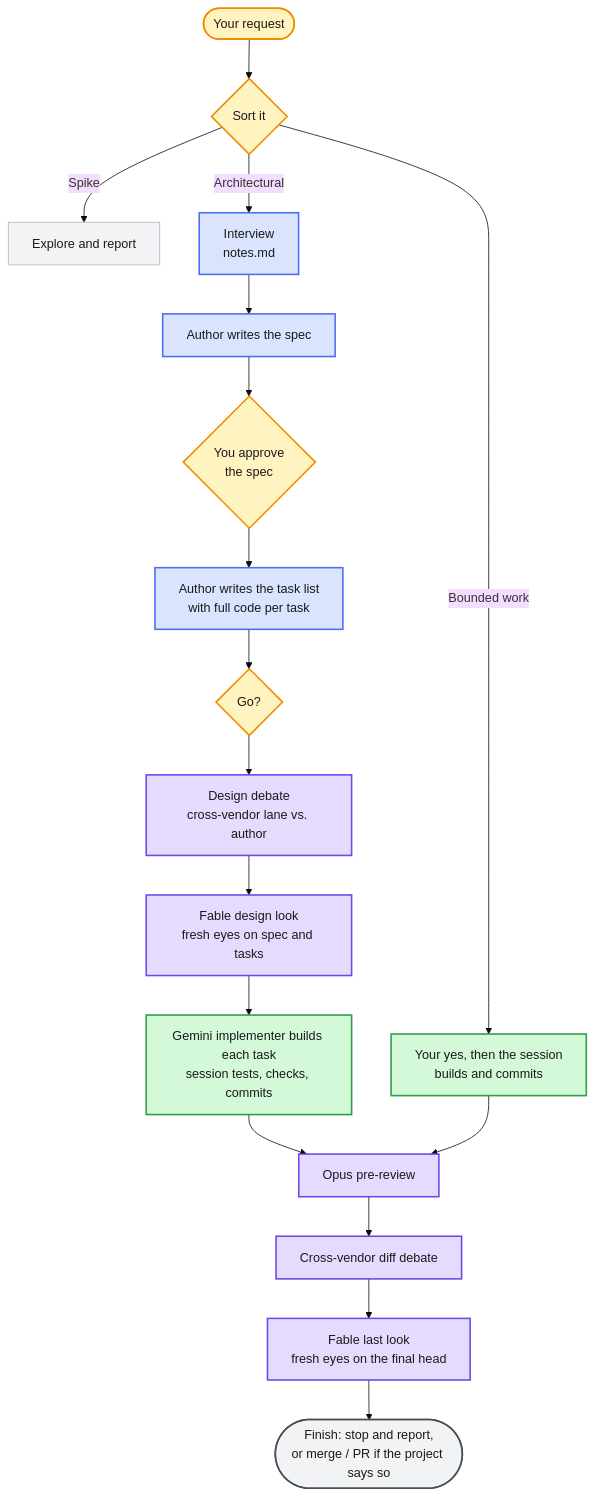
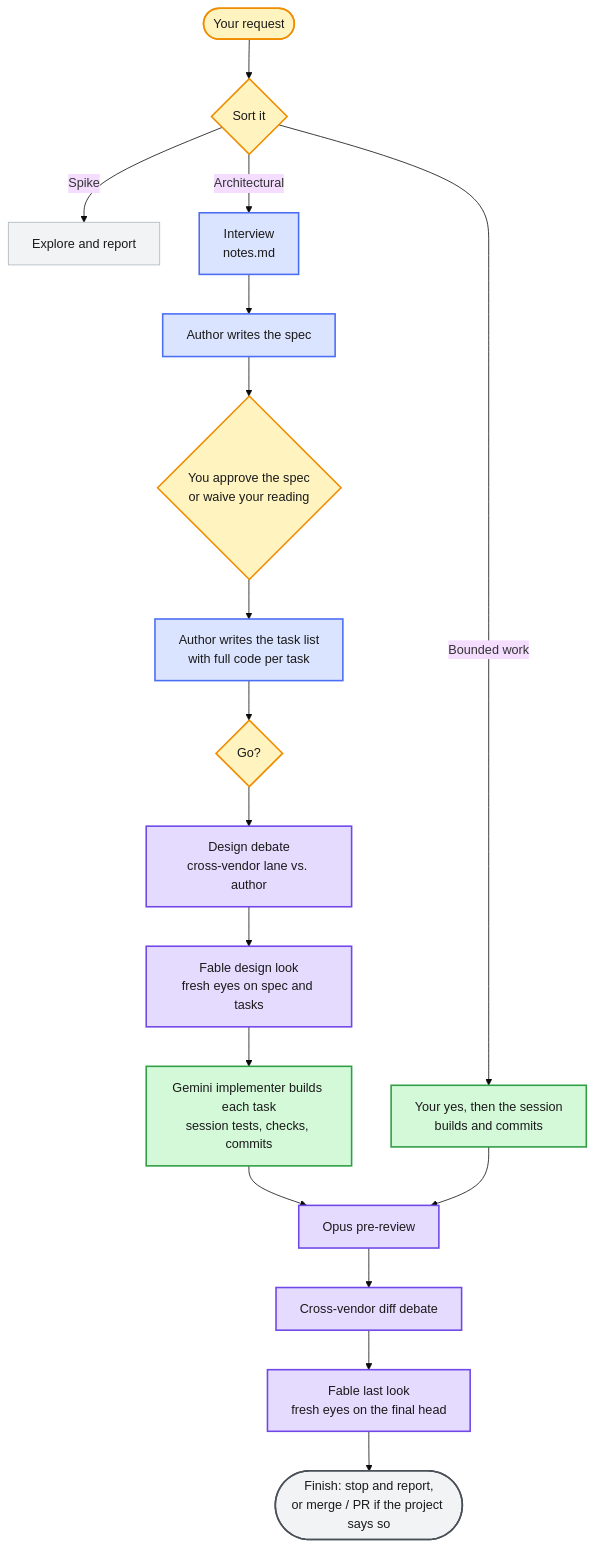
The diagram in README.md (Bmwascher/parsec), drawn with Mermaid (base theme) before and after one commit. The commit also changed 2 other files, not shown here.

Commit message:
Batch F task 4: the spec-reading waiver in brainstorm, the spec template and the README; the head is the one place the base is written

````diff
--- a/README.md
+++ b/README.md
@@ -69,28 +69,28 @@
 ```mermaid
 flowchart TD
     R([Your request]):::you --> C{Sort it}:::you
     C -->|Spike| SP[Explore and report]:::quiet
     C -->|Bounded work| BW[Your yes, then the session<br/>builds and commits]:::build
     C -->|Architectural| I[Interview<br/>notes.md]:::brainstorm
 
     I --> S[Author writes the spec]:::brainstorm
-    S --> A{You approve<br/>the spec}:::you
+    S --> A{You approve the spec<br/>or waive your reading}:::you
     A --> T[Author writes the task list<br/>with full code per task]:::brainstorm
     T --> G{Go?}:::you
     G --> DD[Design debate<br/>cross-vendor lane vs. author]:::review
     DD --> FD[Fable design look<br/>fresh eyes on spec and tasks]:::review
     FD --> B[Gemini implementer builds each task<br/>session tests, checks, commits]:::build
 
     B --> P[Opus pre-review]:::review
     BW --> P
     P --> X[Cross-vendor diff debate]:::review
     X --> L[Fable last look<br/>fresh eyes on the final head]:::review
     L --> F([Finish: stop and report,<br/>or merge / PR if the project says so]):::done
 
     classDef you fill:#fff3bf,stroke:#f08c00,stroke-width:2px,color:#1a1a1a
     classDef brainstorm fill:#dbe4ff,stroke:#4c6ef5,stroke-width:2px,color:#1a1a1a
     classDef build fill:#d3f9d8,stroke:#2f9e44,stroke-width:2px,color:#1a1a1a
     classDef review fill:#e5dbff,stroke:#7048e8,stroke-width:2px,color:#1a1a1a
     classDef quiet fill:#f1f3f5,stroke:#adb5bd,color:#1a1a1a
     classDef done fill:#f1f3f5,stroke:#495057,stroke-width:2px,color:#1a1a1a
 ```
````
